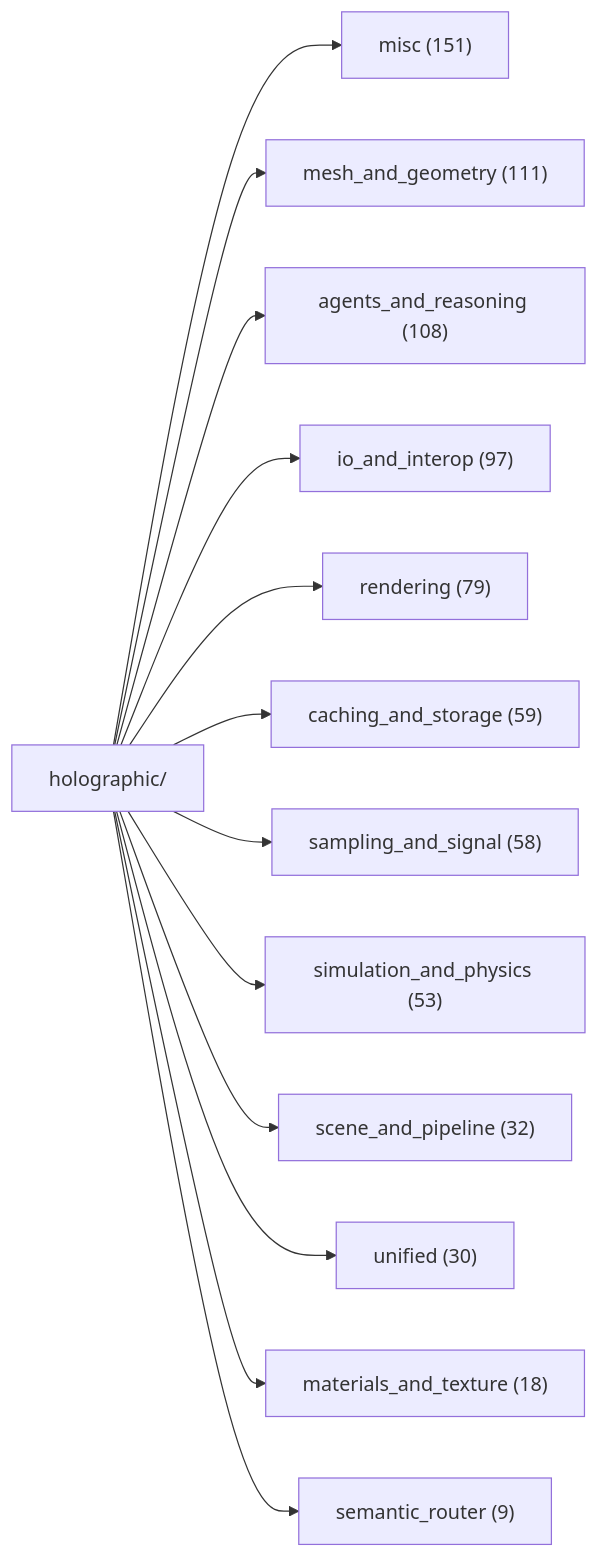
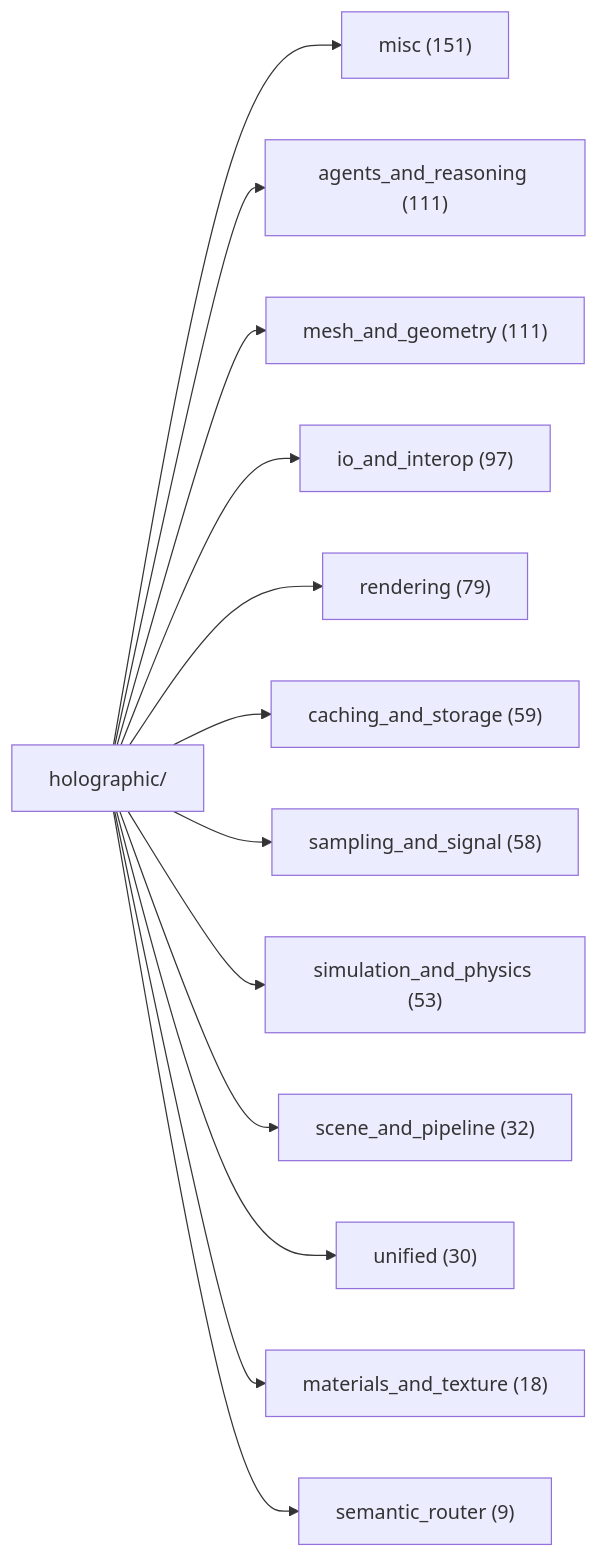
The first of 2 diagrams in docs/DOC_MAP.md (AnOversizedMooseWithSocks/leCore), drawn with Mermaid before and after one commit. The commit also changed other lines of this file and 4 other files, not shown here.

````diff
--- a/docs/DOC_MAP.md
+++ b/docs/DOC_MAP.md
@@ -40,16 +40,16 @@
 ```mermaid
 graph LR
     H[holographic/]
     H --> misc["misc (151)"]
+    H --> agen["agents_and_reasoning (111)"]
     H --> mesh["mesh_and_geometry (111)"]
-    H --> agen["agents_and_reasoning (108)"]
     H --> io_a["io_and_interop (97)"]
     H --> rend["rendering (79)"]
     H --> cach["caching_and_storage (59)"]
     H --> samp["sampling_and_signal (58)"]
     H --> simu["simulation_and_physics (53)"]
     H --> scen["scene_and_pipeline (32)"]
     H --> unif["unified (30)"]
     H --> mate["materials_and_texture (18)"]
     H --> sema["semantic_router (9)"]
 ```
````
